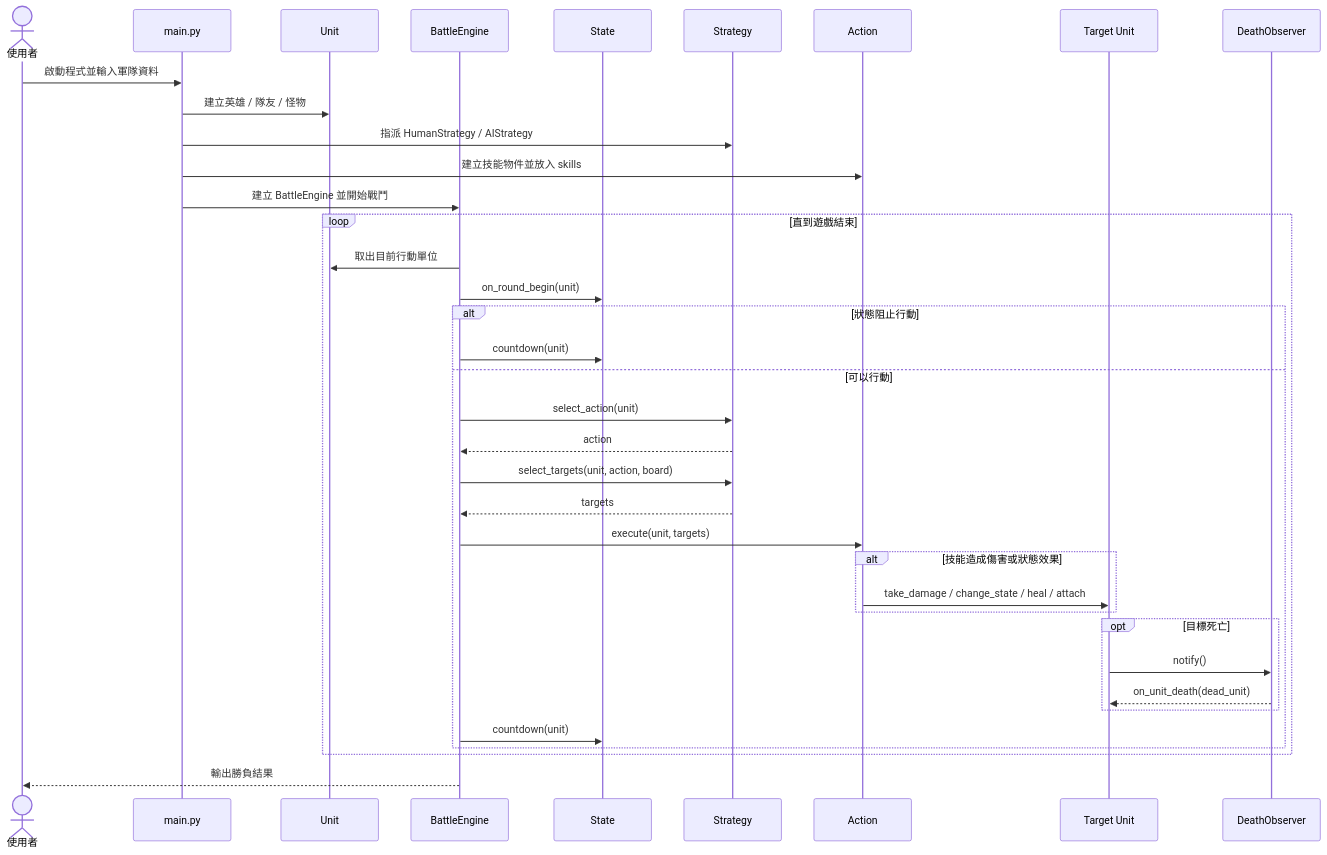
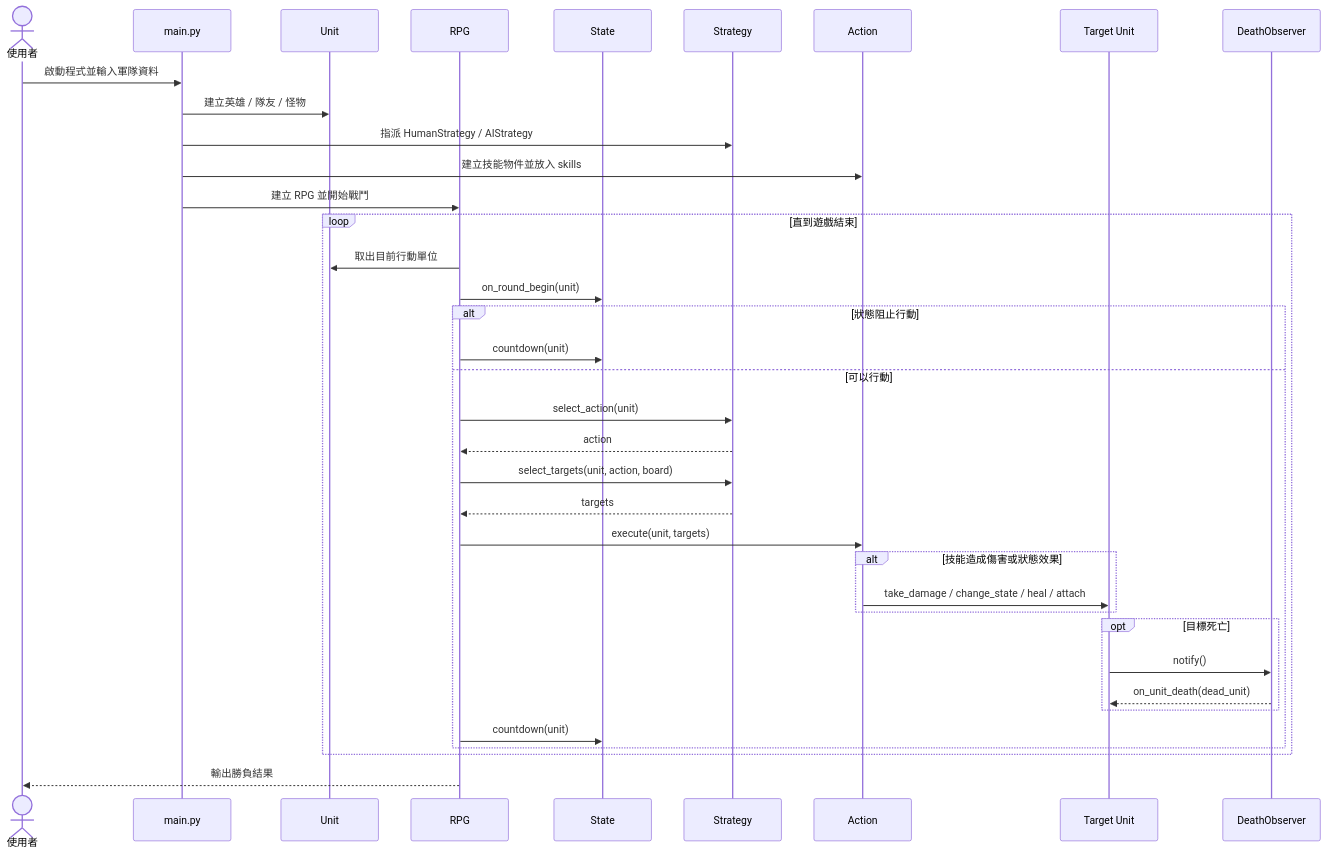
The first of 2 diagrams in homework5_rpg/v3/docs/OOD/專案循序圖_v2.md (tanguitar8093/Software-Design-Pattern-HW), drawn with Mermaid before and after one commit. The commit also changed other lines of this file and 14 other files, not shown here.

````diff
--- a/homework5_rpg/v3/docs/OOD/專案循序圖_v2.md
+++ b/homework5_rpg/v3/docs/OOD/專案循序圖_v2.md
@@ -9,46 +9,46 @@
 ```mermaid
 sequenceDiagram
     actor User as 使用者
     participant Main as main.py
     participant U as Unit
-    participant E as BattleEngine
+    participant E as RPG
     participant S as State
     participant P as Strategy
     participant A as Action
     participant T as Target Unit
     participant O as DeathObserver
 
     User->>Main: 啟動程式並輸入軍隊資料
     Main->>U: 建立英雄 / 隊友 / 怪物
     Main->>P: 指派 HumanStrategy / AIStrategy
     Main->>A: 建立技能物件並放入 skills
-    Main->>E: 建立 BattleEngine 並開始戰鬥
+    Main->>E: 建立 RPG 並開始戰鬥
 
     loop 直到遊戲結束
         E->>U: 取出目前行動單位
         E->>S: on_round_begin(unit)
 
         alt 狀態阻止行動
             E->>S: countdown(unit)
         else 可以行動
             E->>P: select_action(unit)
             P-->>E: action
             E->>P: select_targets(unit, action, board)
             P-->>E: targets
             E->>A: execute(unit, targets)
 
             alt 技能造成傷害或狀態效果
                 A->>T: take_damage / change_state / heal / attach
             end
 
             opt 目標死亡
                 T->>O: notify()
                 O-->>T: on_unit_death(dead_unit)
             end
 
             E->>S: countdown(unit)
         end
     end
 
     E-->>User: 輸出勝負結果
 ```
````
